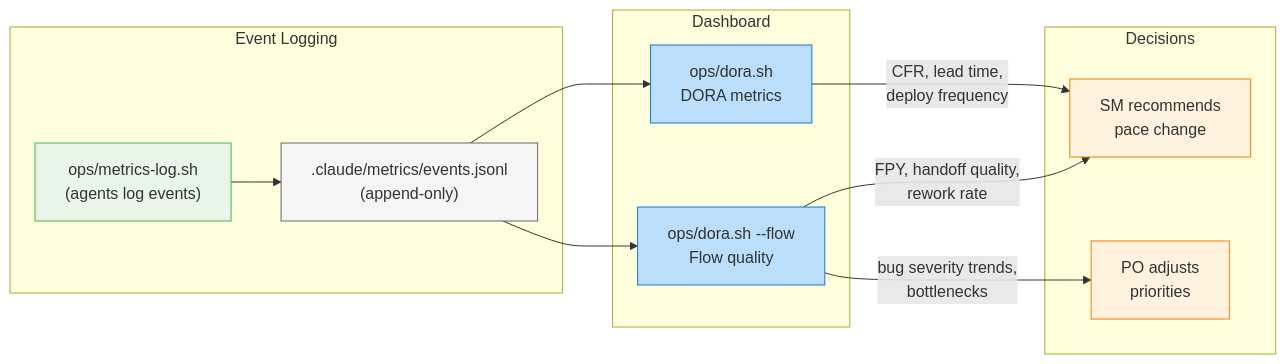
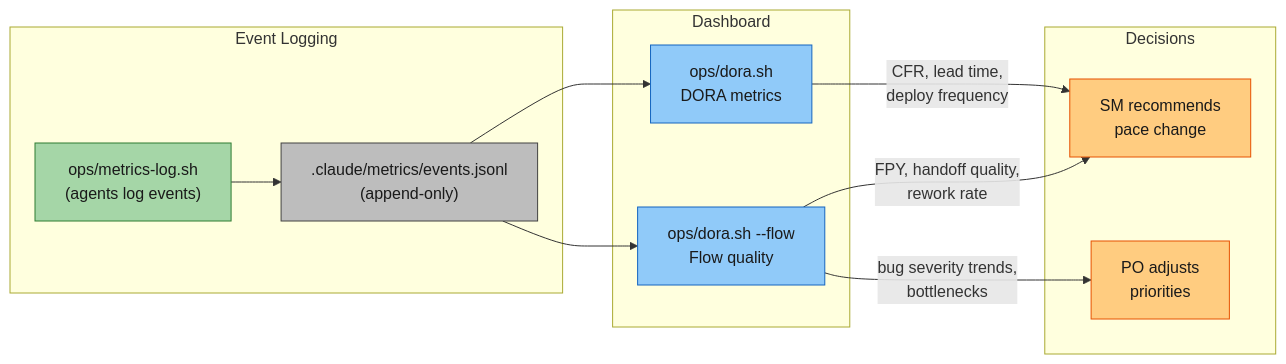
One commit to rdunie/venutian-antfarm changed the tenth of 20 diagrams in docs/COLLABORATION-MODEL.md. Above: the diagram before and after it, drawn with Mermaid. The commit also changed other lines of this file and 22 other files, not shown here.

````diff
--- a/docs/COLLABORATION-MODEL.md
+++ b/docs/COLLABORATION-MODEL.md
@@ -310,31 +312,31 @@
 ```mermaid
 flowchart LR
     subgraph Events ["Event Logging"]
         LOG["ops/metrics-log.sh\n(agents log events)"]
         JSONL[".claude/metrics/events.jsonl\n(append-only)"]
     end
 
     subgraph Dashboard ["Dashboard"]
         DORA["ops/dora.sh\nDORA metrics"]
         FLOW["ops/dora.sh --flow\nFlow quality"]
     end
 
     subgraph Decisions ["Decisions"]
         SM_PACE["SM recommends\npace change"]
         PO_PRI["PO adjusts\npriorities"]
     end
 
     LOG --> JSONL
     JSONL --> DORA
     JSONL --> FLOW
     DORA -->|"CFR, lead time,\ndeploy frequency"| SM_PACE
     FLOW -->|"FPY, handoff quality,\nrework rate"| SM_PACE
     FLOW -->|"bug severity trends,\nbottlenecks"| PO_PRI
 
-    style LOG fill:#e8f5e9,stroke:#4CAF50
-    style JSONL fill:#f5f5f5,stroke:#666
-    style DORA fill:#bbdefb,stroke:#1976D2
-    style FLOW fill:#bbdefb,stroke:#1976D2
-    style SM_PACE fill:#fff3e0,stroke:#F57C00
-    style PO_PRI fill:#fff3e0,stroke:#F57C00
+    style LOG fill:#a5d6a7,stroke:#2e7d32,color:#1a1a1a
+    style JSONL fill:#bdbdbd,stroke:#424242,color:#1a1a1a
+    style DORA fill:#90caf9,stroke:#1565c0,color:#1a1a1a
+    style FLOW fill:#90caf9,stroke:#1565c0,color:#1a1a1a
+    style SM_PACE fill:#ffcc80,stroke:#e65100,color:#1a1a1a
+    style PO_PRI fill:#ffcc80,stroke:#e65100,color:#1a1a1a
 ```
````
